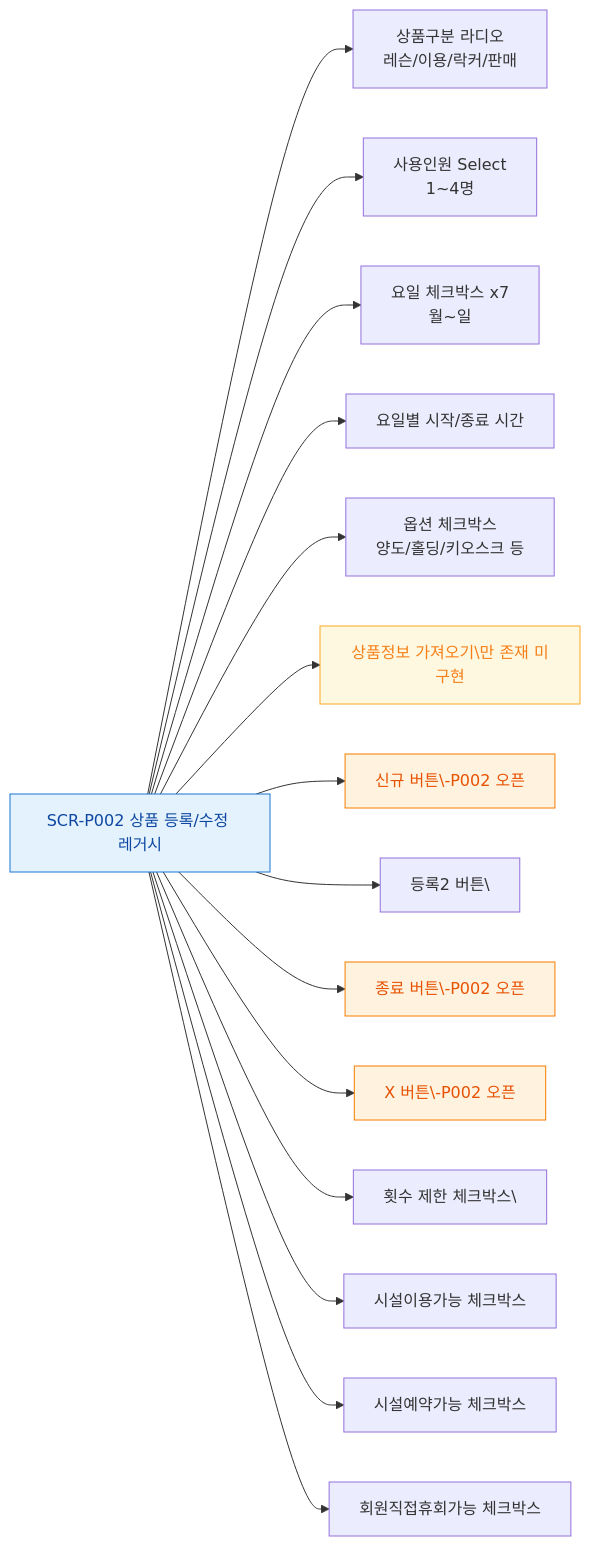
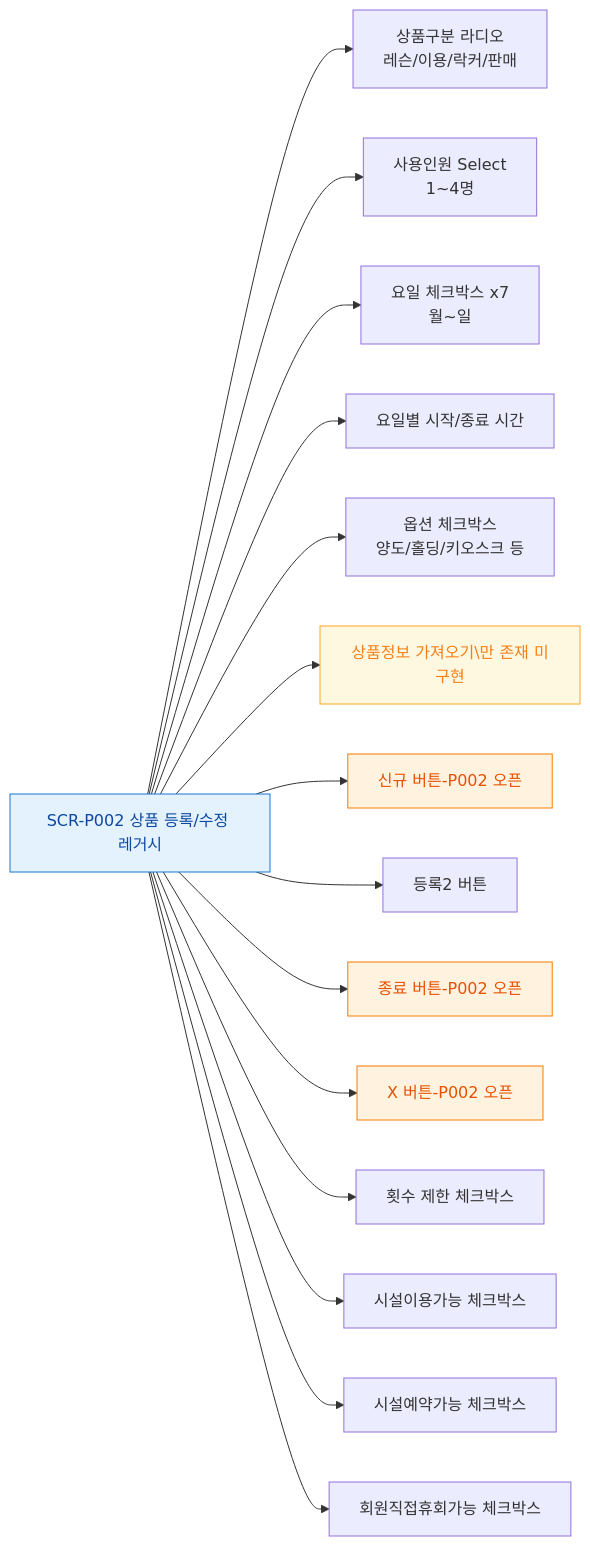
The diagram in docs/admin/다이어그램/D05_상품관리/SCR-P002_상품등록수정_레거시/F3_버튼액션.md (dev-spogym/admin-pando), drawn with Mermaid before and after one commit. The commit also changed 369 other files, not shown here.

````diff
--- a/docs/admin/다이어그램/D05_상품관리/SCR-P002_상품등록수정_레거시/F3_버튼액션.md
+++ b/docs/admin/다이어그램/D05_상품관리/SCR-P002_상품등록수정_레거시/F3_버튼액션.md
@@ -14,26 +14,26 @@
 ```mermaid
 flowchart LR
     SCR_P002[SCR-P002 상품 등록/수정 레거시]
 
     SCR_P002 --> KIND_RADIO[상품구분 라디오\n레슨/이용/락커/판매]
     SCR_P002 --> OCC_SELECT[사용인원 Select\n1~4명]
     SCR_P002 --> DAY_CHECK[요일 체크박스 x7\n월~일]
     SCR_P002 --> DAY_TIME[요일별 시작/종료 시간]
     SCR_P002 --> OPT_CHECK[옵션 체크박스\n양도/홀딩/키오스크 등]
     SCR_P002 --> BTN_IMPORT[상품정보 가져오기\만 존재 미구현]
-    SCR_P002 --> BTN_NEW[신규 버튼\-P002 오픈]
-    SCR_P002 --> BTN_SAVE[등록2 버튼\]
-    SCR_P002 --> BTN_CLOSE[종료 버튼\-P002 오픈]
-    SCR_P002 --> BTN_X[X 버튼\-P002 오픈]
-    SCR_P002 --> LIMIT_CHECK[횟수 제한 체크박스\]
+    SCR_P002 --> BTN_NEW[신규 버튼-P002 오픈]
+    SCR_P002 --> BTN_SAVE[등록2 버튼]
+    SCR_P002 --> BTN_CLOSE[종료 버튼-P002 오픈]
+    SCR_P002 --> BTN_X[X 버튼-P002 오픈]
+    SCR_P002 --> LIMIT_CHECK[횟수 제한 체크박스]
     SCR_P002 --> FAC_CHECK[시설이용가능 체크박스]
     SCR_P002 --> RES_CHECK[시설예약가능 체크박스]
     SCR_P002 --> PAUSE_CHECK[회원직접휴회가능 체크박스]
 
     classDef screen fill:#E3F2FD,stroke:#1976D2,color:#0D47A1
     classDef modal fill:#FFF3E0,stroke:#F57C00,color:#E65100
     classDef warning fill:#FFF8E1,stroke:#F9A825,color:#F57F17
     class SCR_P002 screen
     class BTN_NEW,BTN_CLOSE,BTN_X modal
     class BTN_IMPORT warning
 ```
````
